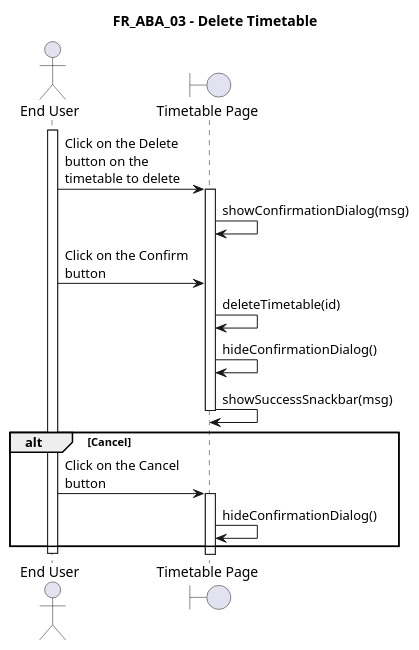
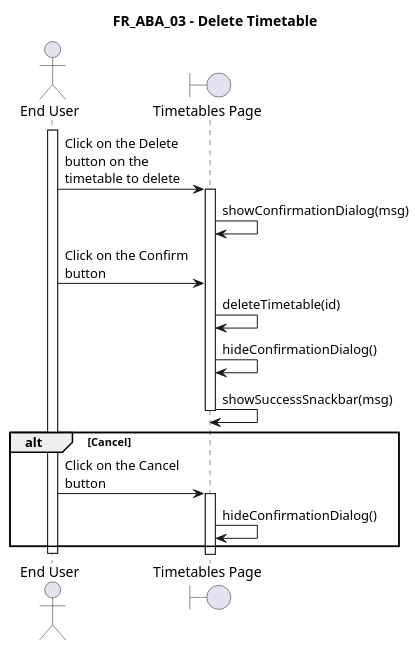
Before and after one commit to AdmiJW/UTM-FC-Scheduler-UML: the diagram in sequence/end-user/FR_ABA_03.plantuml, drawn with PlantUML. The commit also changed 120 other files, not shown here.

Commit message:
JW: Complete Sequence Diagram

```diff
--- a/sequence/end-user/FR_ABA_03.plantuml
+++ b/sequence/end-user/FR_ABA_03.plantuml
@@ -1,30 +1,30 @@
 @startuml FR_ABA_03
 title FR_ABA_03 - Delete Timetable
 skinparam maxMessageSize 125
 
 actor "End User" as eu
-boundary "Timetable Page" as fe
+boundary "Timetables Page" as fe
 ' control "TimetableController" as ct
 ' entity "Timetable" as en
 ' database "Database" as db
 
 activate eu
 
 eu -> fe ++ : Click on the Delete button on the timetable to delete
 fe -> fe : showConfirmationDialog(msg)
 eu -> fe : Click on the Confirm button
 
 fe -> fe : deleteTimetable(id)
 fe -> fe : hideConfirmationDialog()
 fe -> fe -- : showSuccessSnackbar(msg)
 
 alt Cancel
     eu -> fe ++ : Click on the Cancel button
     fe -> fe : hideConfirmationDialog()
 end
 
 
 
 deactivate eu
 
 @enduml
```
